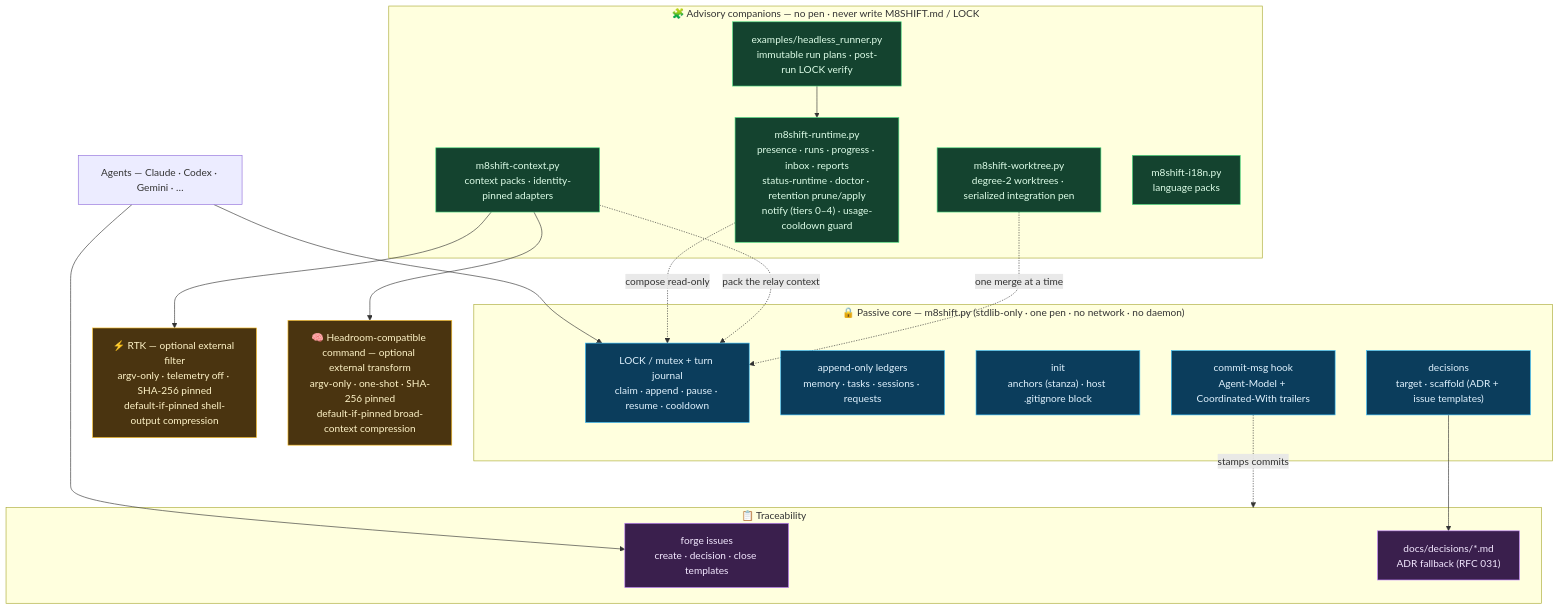
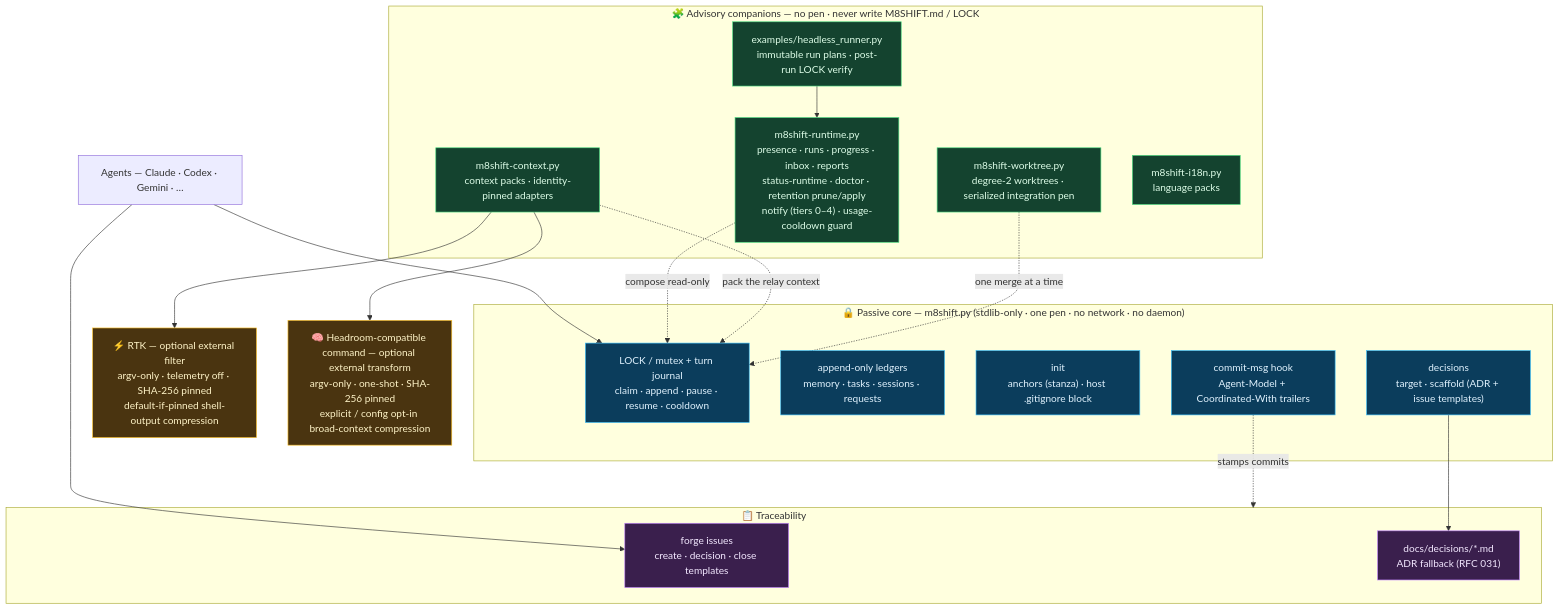
Before and after one commit to M8Shift/M8Shift: the fifth of 6 diagrams in docs/en/architecture.md, drawn with Mermaid. The commit also changed other lines of this file and 18 other files, not shown here.

````diff
--- a/docs/en/architecture.md
+++ b/docs/en/architecture.md
@@ -172,48 +172,48 @@
 ```mermaid
 flowchart TB
     classDef core fill:#0b3d5c,stroke:#38bdf8,color:#e0f2fe;
     classDef companion fill:#14432f,stroke:#4ade80,color:#dcfce7;
     classDef external fill:#4a3410,stroke:#fbbf24,color:#fef3c7;
     classDef forge fill:#3a1f4d,stroke:#c084fc,color:#f3e8ff;
 
     AG["Agents — Claude · Codex · Gemini · …"]
 
     subgraph CORE["🔒 Passive core — m8shift.py (stdlib-only · one pen · no network · no daemon)"]
         LOCK["LOCK / mutex + turn journal<br/>claim · append · pause · resume · cooldown"]
         LEDG["append-only ledgers<br/>memory · tasks · sessions · requests"]
         INIT["init<br/>anchors (stanza) · host .gitignore block"]
         DEC["decisions<br/>target · scaffold (ADR + issue templates)"]
         HOOK["commit-msg hook<br/>Agent-Model + Coordinated-With trailers"]
     end
     class LOCK,LEDG,INIT,DEC,HOOK core
 
     subgraph COMP["🧩 Advisory companions — no pen · never write M8SHIFT.md / LOCK"]
         RT["m8shift-runtime.py<br/>presence · runs · progress · inbox · reports<br/>status-runtime · doctor · retention prune/apply<br/>notify (tiers 0–4) · usage-cooldown guard"]
         CX["m8shift-context.py<br/>context packs · identity-pinned adapters"]
         WT["m8shift-worktree.py<br/>degree-2 worktrees · serialized integration pen"]
         I18["m8shift-i18n.py<br/>language packs"]
         HR["examples/headless_runner.py<br/>immutable run plans · post-run LOCK verify"]
     end
     class RT,CX,WT,I18,HR companion
 
     RTK["⚡ RTK — optional external filter<br/>argv-only · telemetry off · SHA-256 pinned<br/>default-if-pinned shell-output compression"]
-    HD["🧠 Headroom-compatible command — optional external transform<br/>argv-only · one-shot · SHA-256 pinned<br/>default-if-pinned broad-context compression"]
+    HD["🧠 Headroom-compatible command — optional external transform<br/>argv-only · one-shot · SHA-256 pinned<br/>explicit / config opt-in broad-context compression"]
     class RTK,HD external
 
     subgraph TRACE["📋 Traceability"]
         ISS["forge issues<br/>create · decision · close templates"]
         ADR["docs/decisions/*.md<br/>ADR fallback (RFC 031)"]
     end
     class ISS,ADR forge
 
     AG --> LOCK
     AG --> ISS
     RT -. "compose read-only" .-> LOCK
     CX -. "pack the relay context" .-> LOCK
     CX --> RTK
     CX --> HD
     WT -. "one merge at a time" .-> LOCK
     HR --> RT
     DEC --> ADR
     HOOK -. "stamps commits" .-> TRACE
 ```
````
